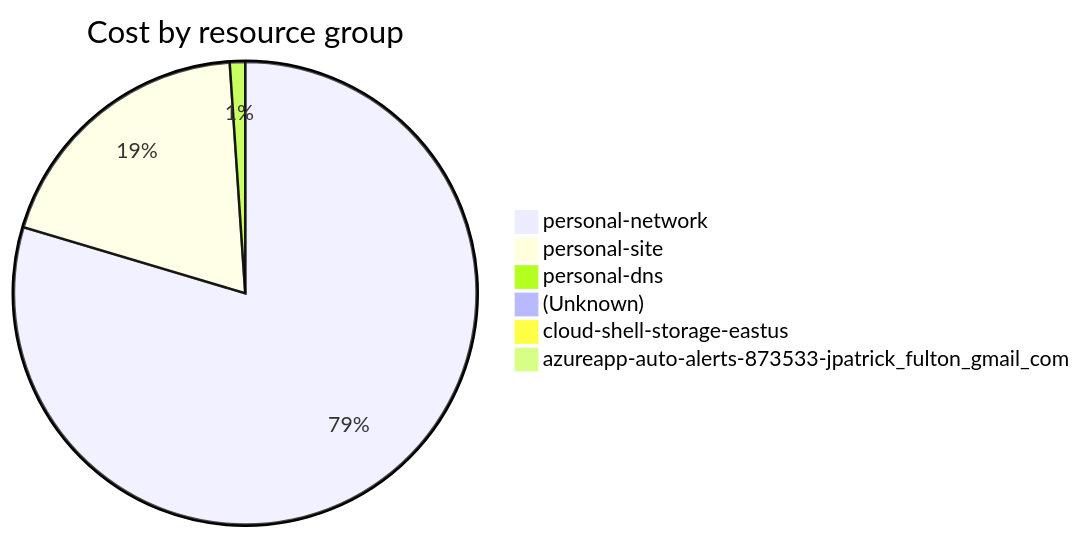
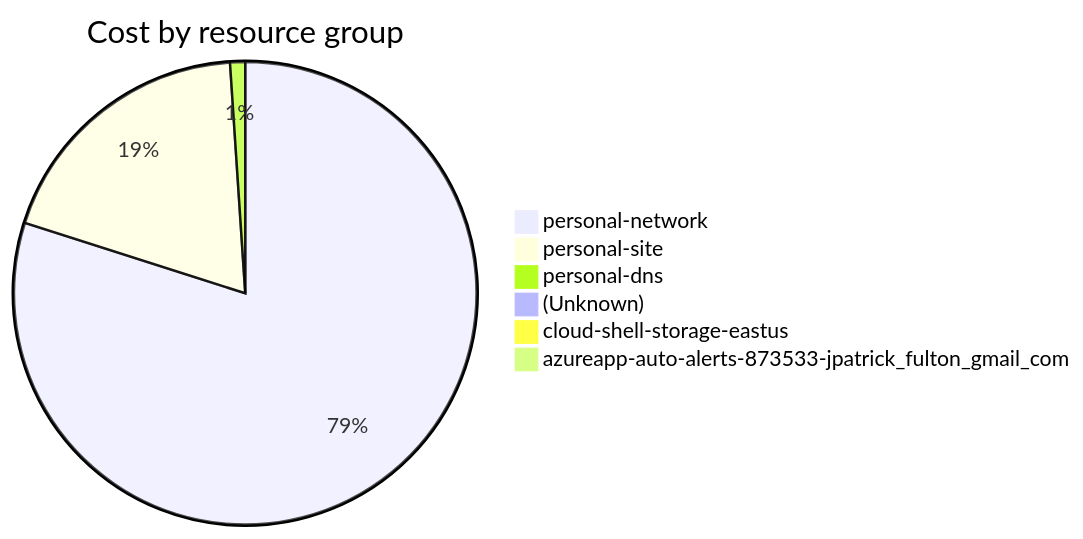
Before and after one commit to jpfulton/azure-personal-reports: the fourth of 4 diagrams in cost-reports/accumulated-cost.md, drawn with Mermaid. The commit also changed other lines of this file and 4 other files, not shown here.

````diff
--- a/cost-reports/accumulated-cost.md
+++ b/cost-reports/accumulated-cost.md
@@ -154,10 +154,10 @@
 ```mermaid
 pie
    title Cost by resource group
-   "personal-network" : 16.32
-   "personal-site" : 3.96
-   "personal-dns" : 0.22
-   "(Unknown)" : 0.16
-   "cloud-shell-storage-eastus" : 0.07
+   "personal-network" : 19.74
+   "personal-site" : 4.70
+   "personal-dns" : 0.26
+   "(Unknown)" : 0.20
+   "cloud-shell-storage-eastus" : 0.08
    "azureapp-auto-alerts-873533-jpatrick_fulton_gmail_com" : 0.00
 ```
````
